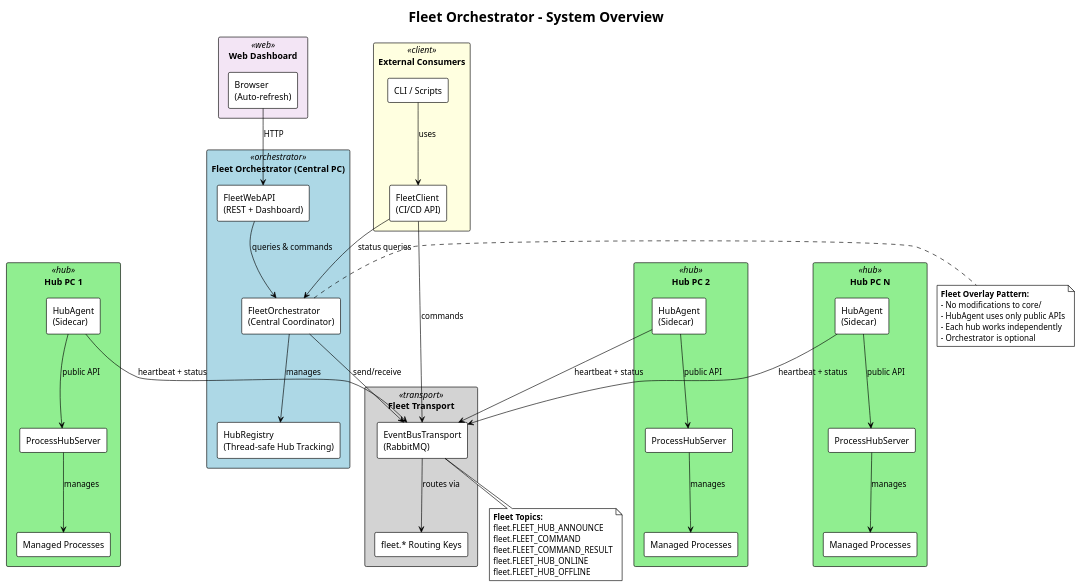
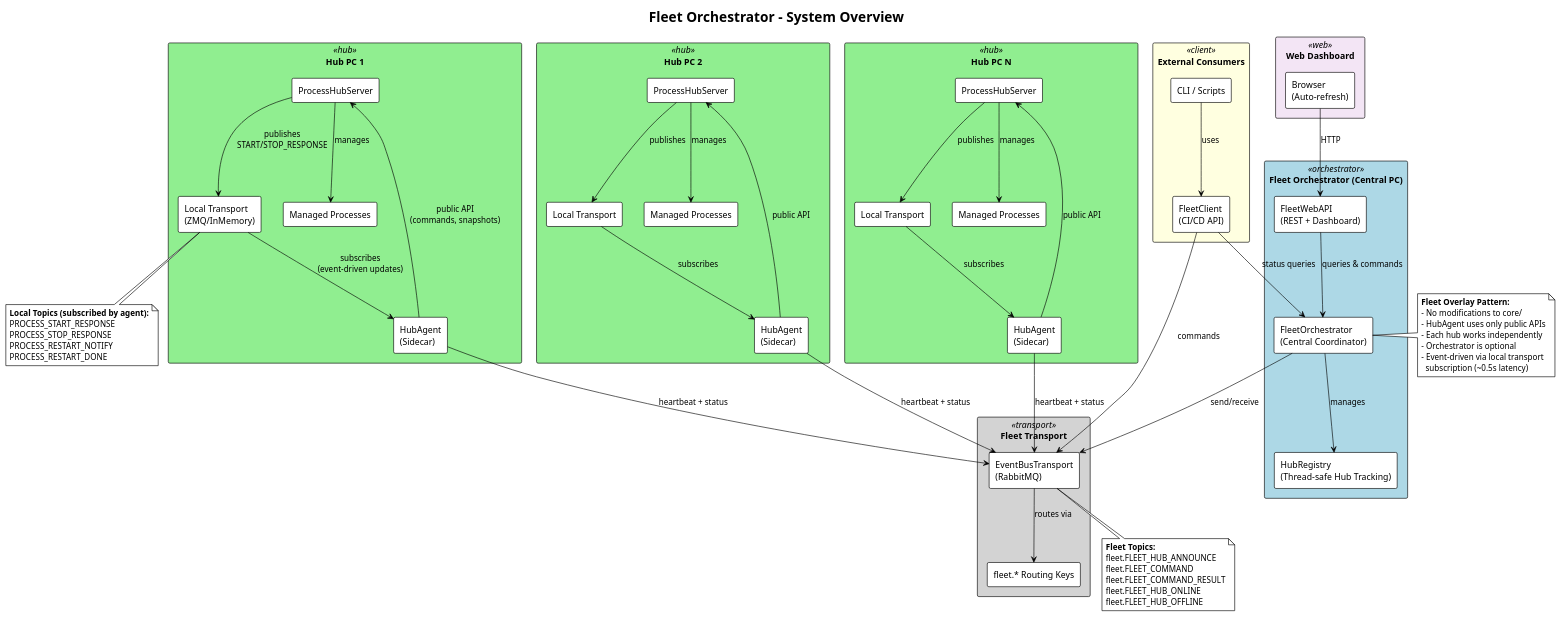
Before and after one commit to test-fullautomation/python-process-hub: the diagram in docs/diagrams/fleet_overview.puml, drawn with PlantUML. The commit also changed 9 other files, not shown here.

```diff
--- a/docs/diagrams/fleet_overview.puml
+++ b/docs/diagrams/fleet_overview.puml
@@ -1,95 +1,114 @@
 @startuml fleet_overview
 !theme plain
 title Fleet Orchestrator - System Overview
 
 skinparam rectangle {
     BackgroundColor<<orchestrator>> LightBlue
     BackgroundColor<<hub>> LightGreen
     BackgroundColor<<client>> LightYellow
     BackgroundColor<<transport>> LightGray
     BackgroundColor<<web>> #F3E5F5
 }
 
 rectangle "Fleet Orchestrator (Central PC)" <<orchestrator>> {
     rectangle "FleetOrchestrator\n(Central Coordinator)" as orch
     rectangle "HubRegistry\n(Thread-safe Hub Tracking)" as registry
     rectangle "FleetWebAPI\n(REST + Dashboard)" as web_api
 }
 
 rectangle "Fleet Transport" <<transport>> {
     rectangle "EventBusTransport\n(RabbitMQ)" as event_bus
     rectangle "fleet.* Routing Keys" as routing
 }
 
 rectangle "Hub PC 1" <<hub>> {
     rectangle "ProcessHubServer" as server1
+    rectangle "Local Transport\n(ZMQ/InMemory)" as local1
     rectangle "HubAgent\n(Sidecar)" as agent1
     rectangle "Managed Processes" as procs1
 }
 
 rectangle "Hub PC 2" <<hub>> {
     rectangle "ProcessHubServer" as server2
+    rectangle "Local Transport" as local2
     rectangle "HubAgent\n(Sidecar)" as agent2
     rectangle "Managed Processes" as procs2
 }
 
 rectangle "Hub PC N" <<hub>> {
     rectangle "ProcessHubServer" as serverN
+    rectangle "Local Transport" as localN
     rectangle "HubAgent\n(Sidecar)" as agentN
     rectangle "Managed Processes" as procsN
 }
 
 rectangle "External Consumers" <<client>> {
     rectangle "FleetClient\n(CI/CD API)" as fleet_client
     rectangle "CLI / Scripts" as cli
 }
 
 rectangle "Web Dashboard" <<web>> {
     rectangle "Browser\n(Auto-refresh)" as browser
 }
 
 ' Orchestrator internals
 orch --> registry : manages
 web_api --> orch : queries & commands
 
 ' Transport connections
 orch --> event_bus : send/receive
 agent1 --> event_bus : heartbeat + status
 agent2 --> event_bus : heartbeat + status
 agentN --> event_bus : heartbeat + status
 event_bus --> routing : routes via
 
 ' Hub internals
-agent1 --> server1 : public API
+agent1 --> server1 : public API\n(commands, snapshots)
 agent2 --> server2 : public API
 agentN --> serverN : public API
+server1 --> local1 : publishes\nSTART/STOP_RESPONSE
+server2 --> local2 : publishes
+serverN --> localN : publishes
+local1 --> agent1 : subscribes\n(event-driven updates)
+local2 --> agent2 : subscribes
+localN --> agentN : subscribes
 server1 --> procs1 : manages
 server2 --> procs2 : manages
 serverN --> procsN : manages
 
 ' Client connections
 fleet_client --> orch : status queries
 fleet_client --> event_bus : commands
 cli --> fleet_client : uses
 
 ' Web connections
 browser --> web_api : HTTP
 
 note right of orch
   **Fleet Overlay Pattern:**
   - No modifications to core/
   - HubAgent uses only public APIs
   - Each hub works independently
   - Orchestrator is optional
+  - Event-driven via local transport
+    subscription (~0.5s latency)
 end note
 
 note bottom of event_bus
   **Fleet Topics:**
   fleet.FLEET_HUB_ANNOUNCE
   fleet.FLEET_COMMAND
   fleet.FLEET_COMMAND_RESULT
   fleet.FLEET_HUB_ONLINE
   fleet.FLEET_HUB_OFFLINE
 end note
 
+note bottom of local1
+  **Local Topics (subscribed by agent):**
+  PROCESS_START_RESPONSE
+  PROCESS_STOP_RESPONSE
+  PROCESS_RESTART_NOTIFY
+  PROCESS_RESTART_DONE
+end note
+
 @enduml
```
